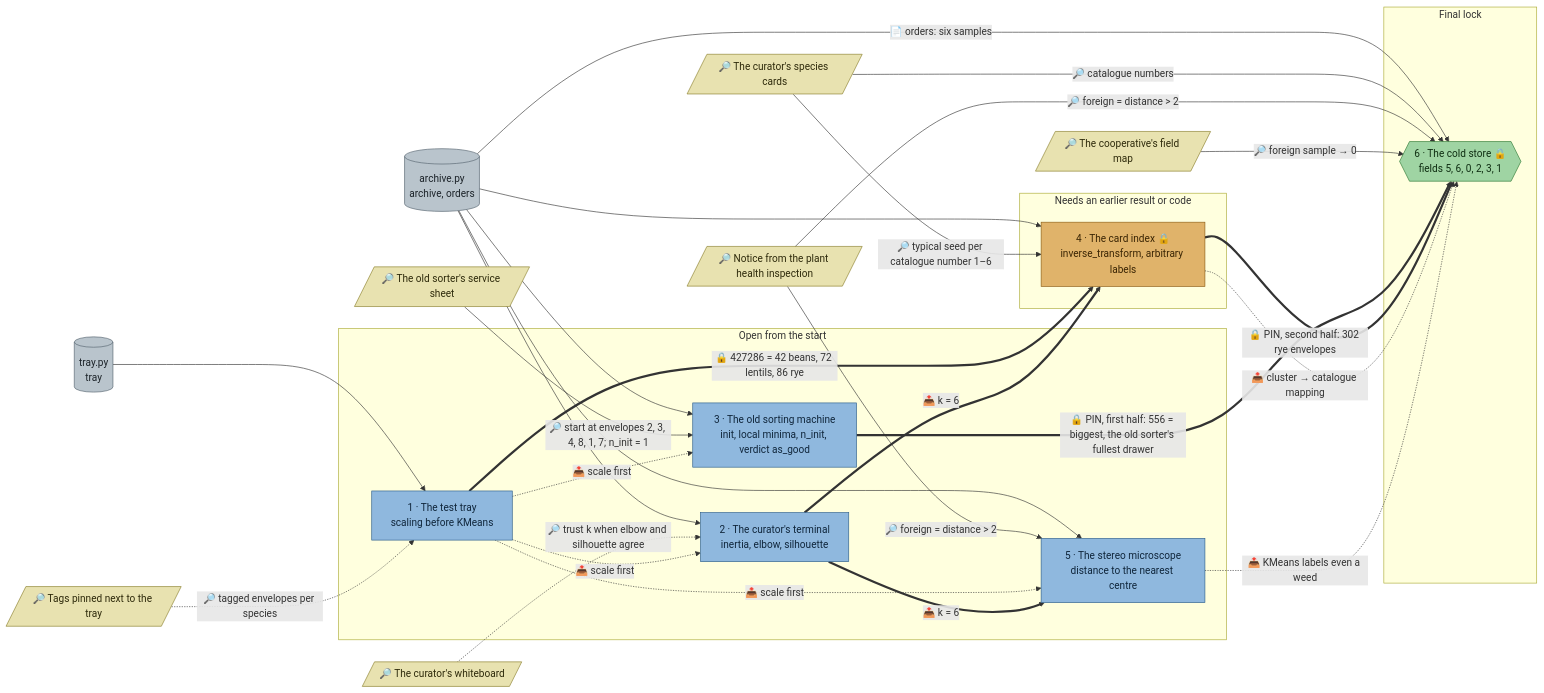
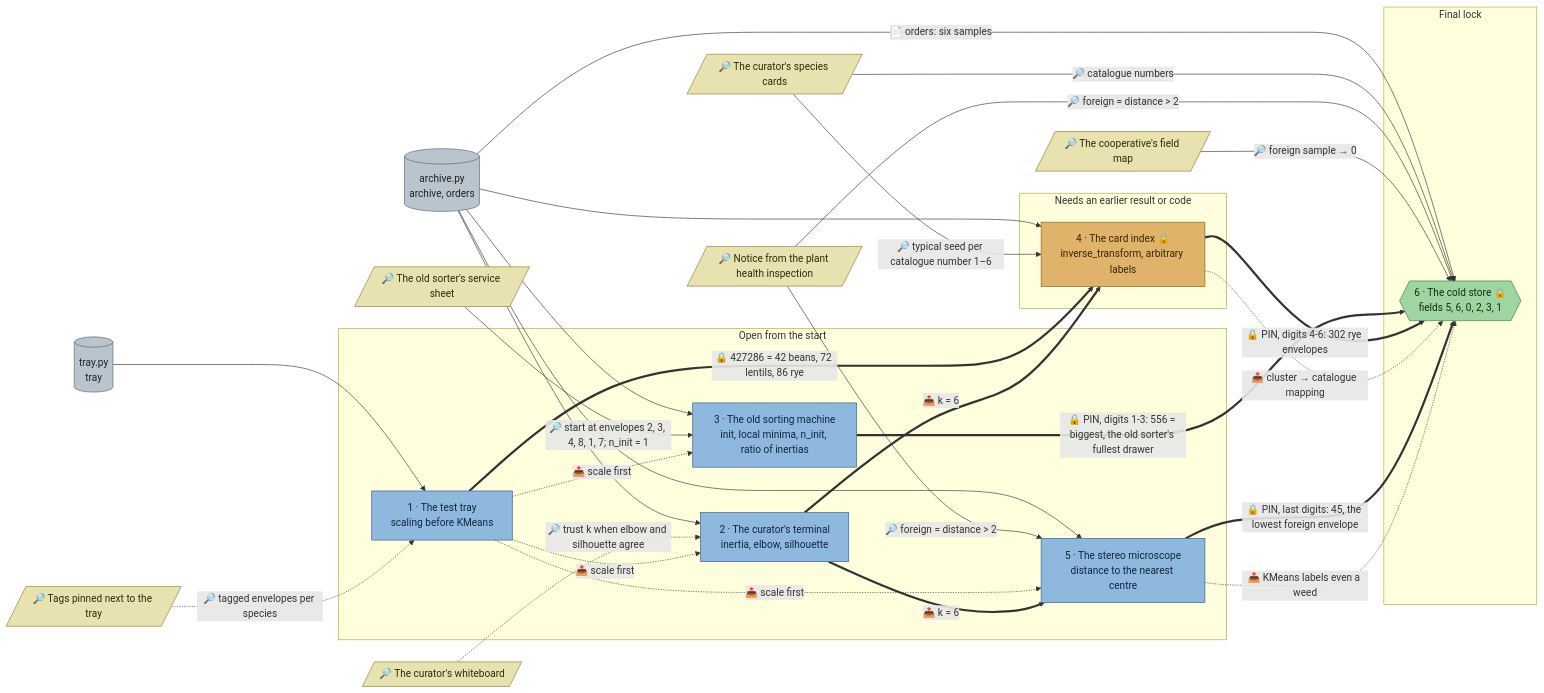
The diagram in docs/flows/ml-seeds.md (mhoffmann-wbs/DataScienceEscapeRooms), drawn with Mermaid before and after one commit. The commit also changed other lines of this file and 8 other files, not shown here.

````diff
--- a/docs/flows/ml-seeds.md
+++ b/docs/flows/ml-seeds.md
@@ -5,65 +5,66 @@
 ```mermaid
 flowchart LR
   traytags[/"🔎 Tags pinned next to the tray"/]
   curatornote[/"🔎 The curator's whiteboard"/]
   servicesheet[/"🔎 The old sorter's service sheet"/]
   speciescards[/"🔎 The curator's species cards"/]
   inspectorrule[/"🔎 Notice from the plant health inspection"/]
   fieldmap[/"🔎 The cooperative's field map"/]
 
   d_tray[("tray.py<br/>tray")]
   d_archive[("archive.py<br/>archive, orders")]
 
   subgraph p1["Open from the start"]
     tray["1 · The test tray<br/>scaling before KMeans"]
     elbow["2 · The curator's terminal<br/>inertia, elbow, silhouette"]
-    sorter["3 · The old sorting machine<br/>init, local minima, n_init, verdict as_good"]
+    sorter["3 · The old sorting machine<br/>init, local minima, n_init, ratio of inertias"]
     foreign["5 · The stereo microscope<br/>distance to the nearest centre"]
   end
 
   subgraph p2["Needs an earlier result or code"]
     cards["4 · The card index 🔒<br/>inverse_transform, arbitrary labels"]
   end
 
   subgraph p3["Final lock"]
     sowing{{"6 · The cold store 🔒<br/>fields 5, 6, 0, 2, 3, 1"}}
   end
 
   d_tray --> tray
   d_archive --> elbow
   d_archive --> sorter
   d_archive --> cards
   d_archive --> foreign
   d_archive -->|"📄 orders: six samples"| sowing
 
   traytags -.->|"🔎 tagged envelopes per species"| tray
   curatornote -.->|"🔎 trust k when elbow and silhouette agree"| elbow
   servicesheet -->|"🔎 start at envelopes 2, 3, 4, 8, 1, 7; n_init = 1"| sorter
   speciescards -->|"🔎 typical seed per catalogue number 1–6"| cards
   speciescards -->|"🔎 catalogue numbers"| sowing
   inspectorrule -->|"🔎 foreign = distance > 2"| foreign
   inspectorrule -->|"🔎 foreign = distance > 2"| sowing
   fieldmap -->|"🔎 foreign sample → 0"| sowing
 
   tray -.->|"📤 scale first"| elbow
   tray -.->|"📤 scale first"| sorter
   tray -.->|"📤 scale first"| foreign
   tray ==>|"🔒 427286 = 42 beans, 72 lentils, 86 rye"| cards
   elbow ==>|"📤 k = 6"| cards
   elbow ==>|"📤 k = 6"| foreign
-  sorter ==>|"🔒 PIN, first half: 556 = biggest, the old sorter's fullest drawer"| sowing
-  cards ==>|"🔒 PIN, second half: 302 rye envelopes"| sowing
+  sorter ==>|"🔒 PIN, digits 1-3: 556 = biggest, the old sorter's fullest drawer"| sowing
+  cards ==>|"🔒 PIN, digits 4-6: 302 rye envelopes"| sowing
   cards -.->|"📤 cluster → catalogue mapping"| sowing
+  foreign ==>|"🔒 PIN, last digits: 45, the lowest foreign envelope"| sowing
   foreign -.->|"📤 KMeans labels even a weed"| sowing
 
   classDef station fill:#8fb8de,stroke:#2b5d8a,color:#10263b
   classDef locked fill:#e0b36a,stroke:#8a5a12,color:#3a2504
   classDef clue fill:#e8e2b0,stroke:#8a7f2b,color:#2e2a0b
   classDef data fill:#b9c4cc,stroke:#55636e,color:#1c2329
   classDef final fill:#9fd4a3,stroke:#2f7a36,color:#0f2e12
   class tray,elbow,sorter,foreign station
   class cards locked
   class traytags,curatornote,servicesheet,speciescards,inspectorrule,fieldmap clue
   class d_tray,d_archive data
   class sowing final
 ```
````
